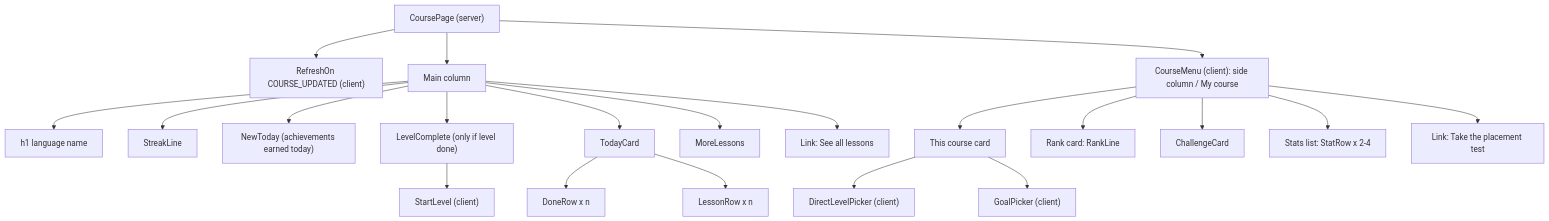
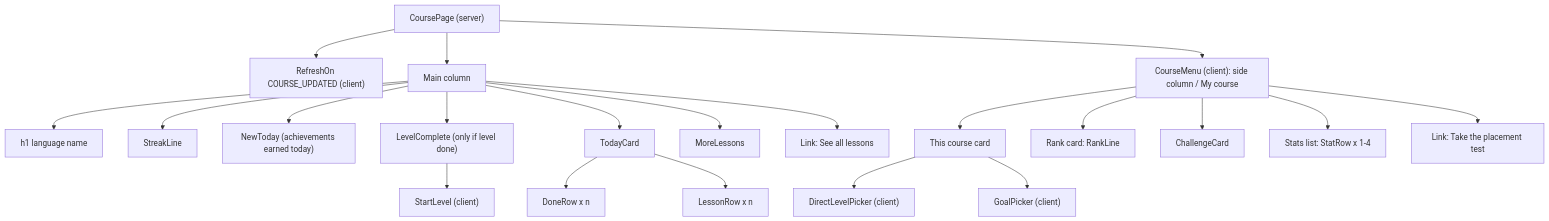
One commit to VictorBro/ft_transcendence changed the third of 9 diagrams in docs/web/06-learning-pages.md. Above: the diagram before and after it, drawn with Mermaid. The commit also changed other lines of this file and 31 other files, not shown here.

````diff
--- a/docs/web/06-learning-pages.md
+++ b/docs/web/06-learning-pages.md
@@ -245,25 +245,25 @@
 ```mermaid
 flowchart TD
     P["CoursePage (server)"] --> RO["RefreshOn COURSE_UPDATED (client)"]
     P --> MAIN["Main column"]
     P --> CM["CourseMenu (client): side column / My course"]
 
     MAIN --> H1["h1 language name"]
     MAIN --> SL["StreakLine"]
     MAIN --> NT["NewToday (achievements earned today)"]
     MAIN --> LC["LevelComplete (only if level done)"]
     LC --> STL["StartLevel (client)"]
     MAIN --> TC["TodayCard"]
     TC --> DR["DoneRow x n"]
     TC --> LR["LessonRow x n"]
     MAIN --> ML["MoreLessons"]
     MAIN --> SA["Link: See all lessons"]
 
     CM --> S1["This course card"]
     S1 --> DLP["DirectLevelPicker (client)"]
     S1 --> GP["GoalPicker (client)"]
     CM --> RK["Rank card: RankLine"]
     CM --> CC["ChallengeCard"]
-    CM --> ST["Stats list: StatRow x 2-4"]
+    CM --> ST["Stats list: StatRow x 1-4"]
     CM --> PL["Link: Take the placement test"]
 ```
````
